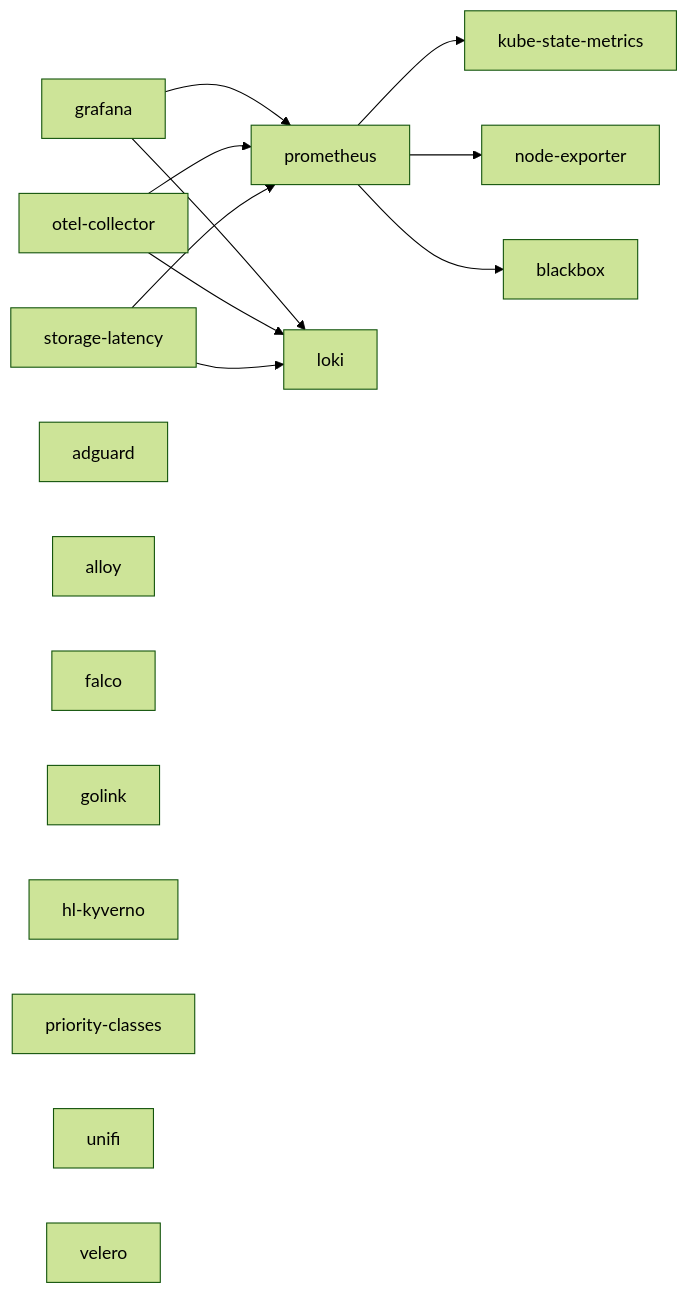
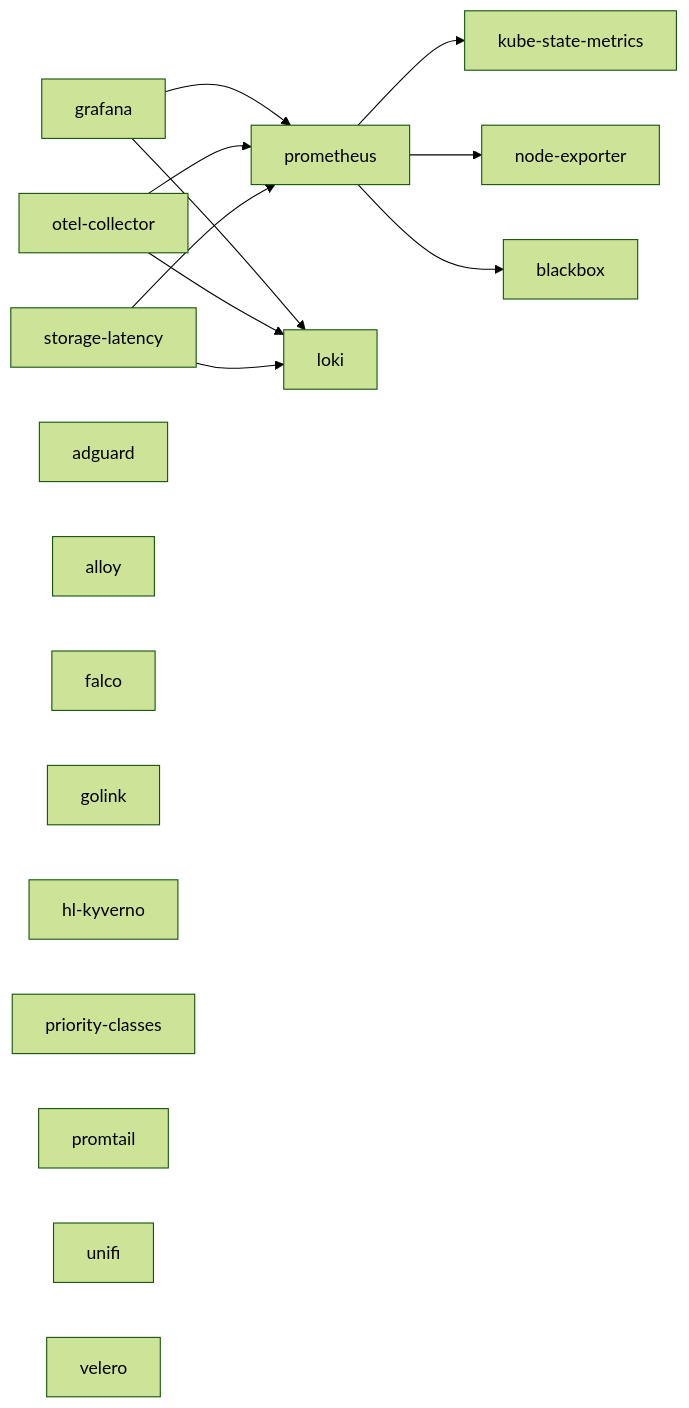
Before and after one commit to ariel-extending851/homelab: the diagram in docs/services/README.md, drawn with Mermaid (forest theme). The commit also changed other lines of this file and 16 other files, not shown here.

````diff
--- a/docs/services/README.md
+++ b/docs/services/README.md
@@ -37,20 +38,21 @@
 ```mermaid
 graph LR
   grafana --> prometheus
   grafana --> loki
   otel-collector --> loki
   otel-collector --> prometheus
   prometheus --> kube-state-metrics
   prometheus --> node-exporter
   prometheus --> blackbox
   storage-latency --> prometheus
   storage-latency --> loki
   adguard
   alloy
   falco
   golink
   hl-kyverno
   priority-classes
+  promtail
   unifi
   velero
 ```
````
